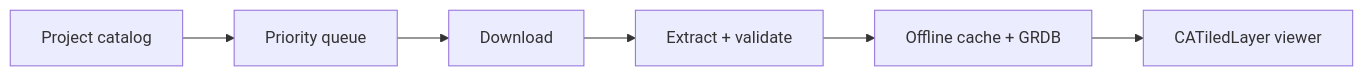
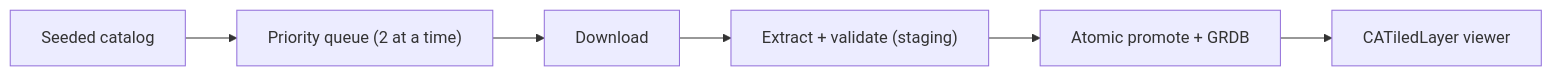
One commit to urfinj/FloorplanViewer changed the diagram in README.md. Above: the diagram before and after it, drawn with Mermaid. The commit also changed other lines of this file and 1 other file, not shown here.

First line of the commit message:
Docs: expand README to cover every brief-required section; drop stale project.yml comment

````diff
--- a/README.md
+++ b/README.md
@@ -42,6 +74,6 @@
 ```mermaid
 flowchart LR
-    A["Project catalog"] --> Q["Priority queue"]
-    Q --> D["Download"] --> E["Extract + validate"]
-    E --> C["Offline cache + GRDB"] --> V["CATiledLayer viewer"]
+    A["Seeded catalog"] --> Q["Priority queue (2 at a time)"]
+    Q --> D["Download"] --> E["Extract + validate (staging)"]
+    E --> C["Atomic promote + GRDB"] --> V["CATiledLayer viewer"]
 ```
````
